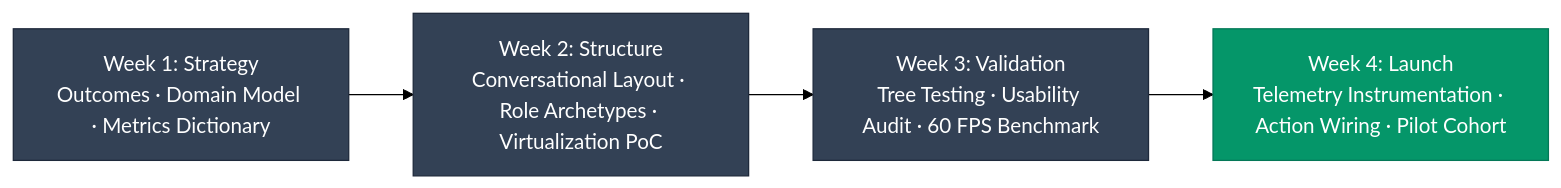
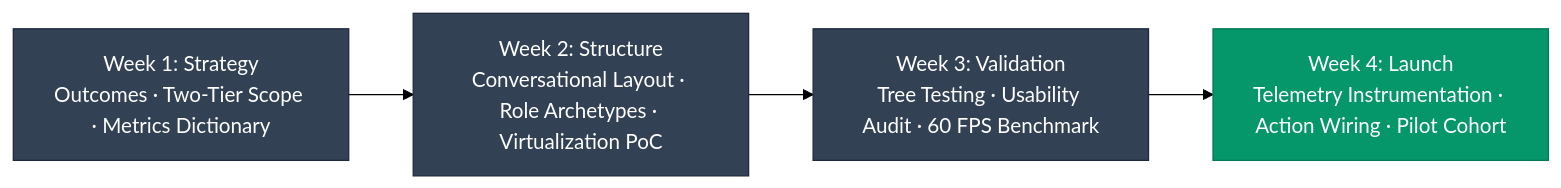
The tenth of 10 diagrams in wiki/05-design/dashboard-design-playbook.md (DimKouts84/product_management_development_wiki), drawn with Mermaid (forest theme) before and after one commit. The commit also changed other lines of this file and 2 other files, not shown here.

````diff
--- a/wiki/05-design/dashboard-design-playbook.md
+++ b/wiki/05-design/dashboard-design-playbook.md
@@ -294,11 +480,11 @@
 ```mermaid
 graph LR
-    W1["Week 1: Strategy\nOutcomes · Domain Model · Metrics Dictionary"] --> W2["Week 2: Structure\nConversational Layout · Role Archetypes · Virtualization PoC"]
+    W1["Week 1: Strategy\nOutcomes · Two-Tier Scope · Metrics Dictionary"] --> W2["Week 2: Structure\nConversational Layout · Role Archetypes · Virtualization PoC"]
     W2 --> W3["Week 3: Validation\nTree Testing · Usability Audit · 60 FPS Benchmark"]
     W3 --> W4["Week 4: Launch\nTelemetry Instrumentation · Action Wiring · Pilot Cohort"]
 
     style W1 fill:#334155,stroke:#1e293b,color:#fff
     style W2 fill:#334155,stroke:#1e293b,color:#fff
     style W3 fill:#334155,stroke:#1e293b,color:#fff
     style W4 fill:#059669,stroke:#047857,color:#fff
 ```
````
